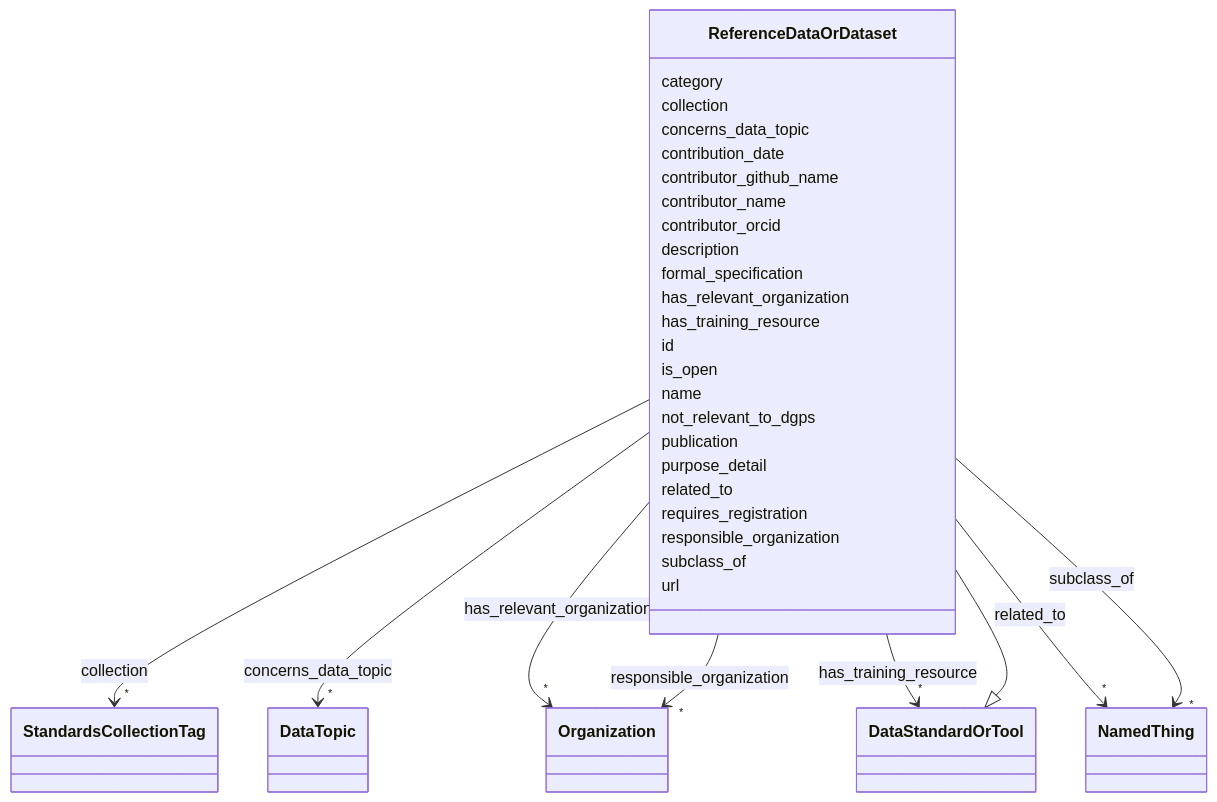
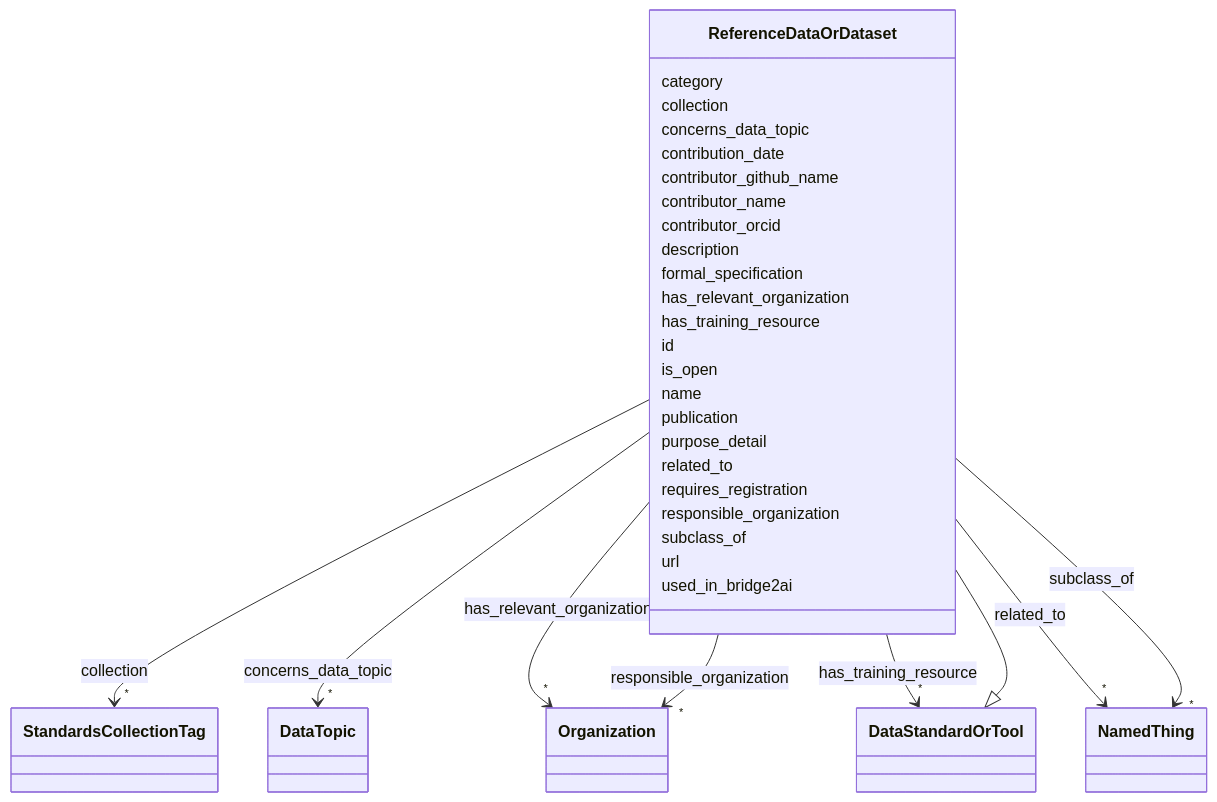
The diagram in docs/ReferenceDataOrDataset.md (bridge2ai/standards-schemas), drawn with Mermaid before and after one commit. The commit also changed other lines of this file and 44 other files, not shown here.

````diff
--- a/docs/ReferenceDataOrDataset.md
+++ b/docs/ReferenceDataOrDataset.md
@@ -79,8 +79,6 @@
         
       ReferenceDataOrDataset : name
         
-      ReferenceDataOrDataset : not_relevant_to_dgps
-        
       ReferenceDataOrDataset : publication
         
       ReferenceDataOrDataset : purpose_detail
@@ -116,5 +114,7 @@
         
       ReferenceDataOrDataset : url
         
+      ReferenceDataOrDataset : used_in_bridge2ai
+        
       
 ```
````
